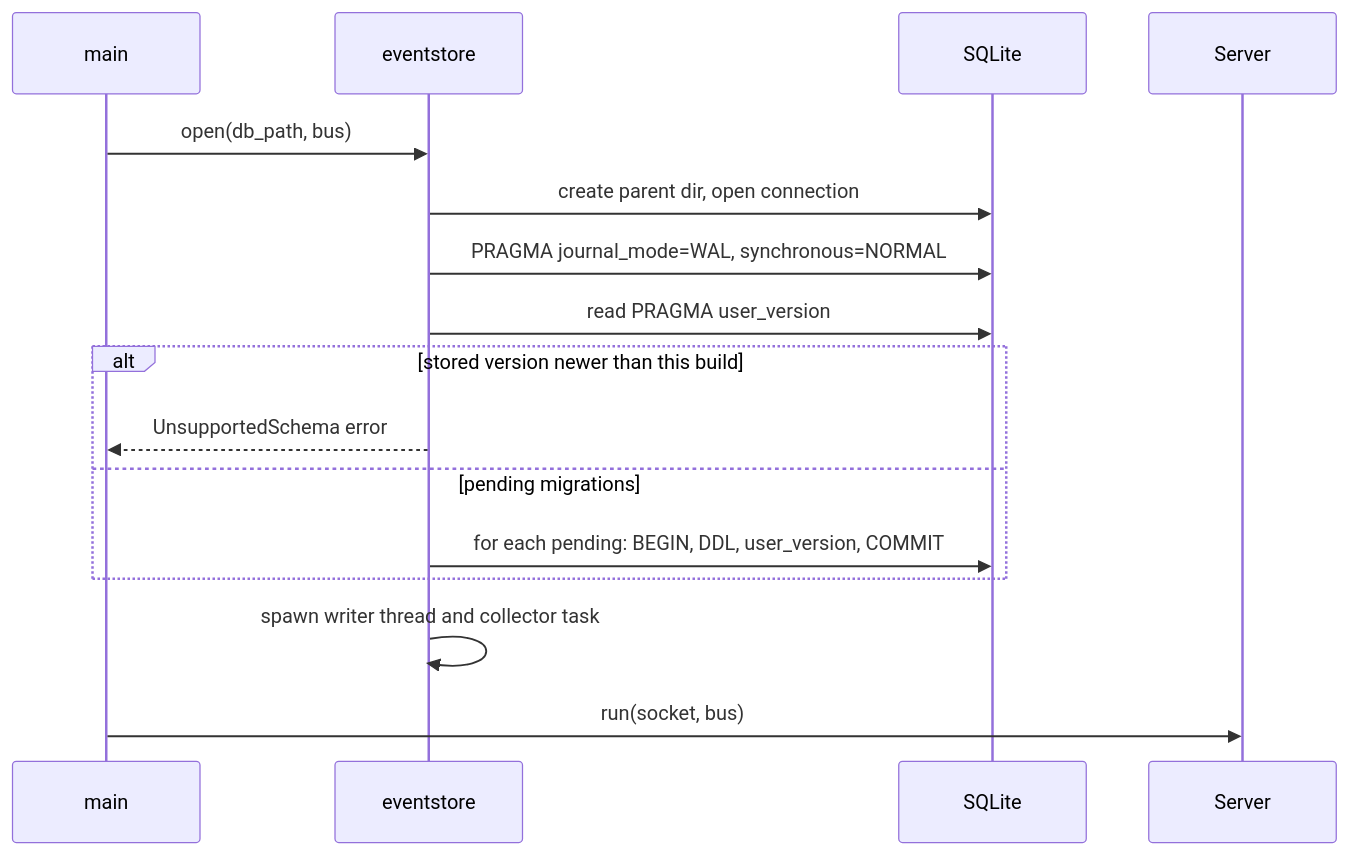
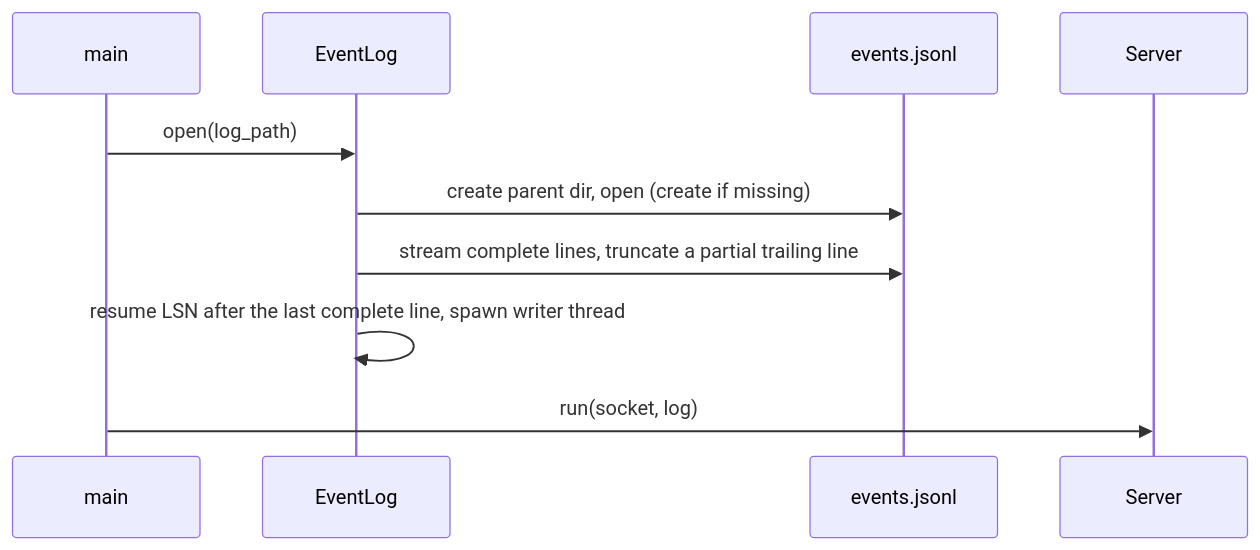
Before and after one commit to mokmok-dev/agent: the fourth of 4 diagrams in docs/architecture.md, drawn with Mermaid. The commit also changed other lines of this file, not shown here.

First line of the commit message:
docs(architecture): describe the durable jsonl log model

````diff
--- a/docs/architecture.md
+++ b/docs/architecture.md
@@ -142,19 +134,13 @@
 ```mermaid
 sequenceDiagram
     participant M as main
-    participant E as eventstore
-    participant D as SQLite
+    participant E as EventLog
+    participant D as events.jsonl
     participant S as Server
 
-    M->>E: open(db_path, bus)
-    E->>D: create parent dir, open connection
-    E->>D: PRAGMA journal_mode=WAL, synchronous=NORMAL
-    E->>D: read PRAGMA user_version
-    alt stored version newer than this build
-        E-->>M: UnsupportedSchema error
-    else pending migrations
-        E->>D: for each pending: BEGIN, DDL, user_version, COMMIT
-    end
-    E->>E: spawn writer thread and collector task
-    M->>S: run(socket, bus)
+    M->>E: open(log_path)
+    E->>D: create parent dir, open (create if missing)
+    E->>D: stream complete lines, truncate a partial trailing line
+    E->>E: resume LSN after the last complete line, spawn writer thread
+    M->>S: run(socket, log)
 ```
````
